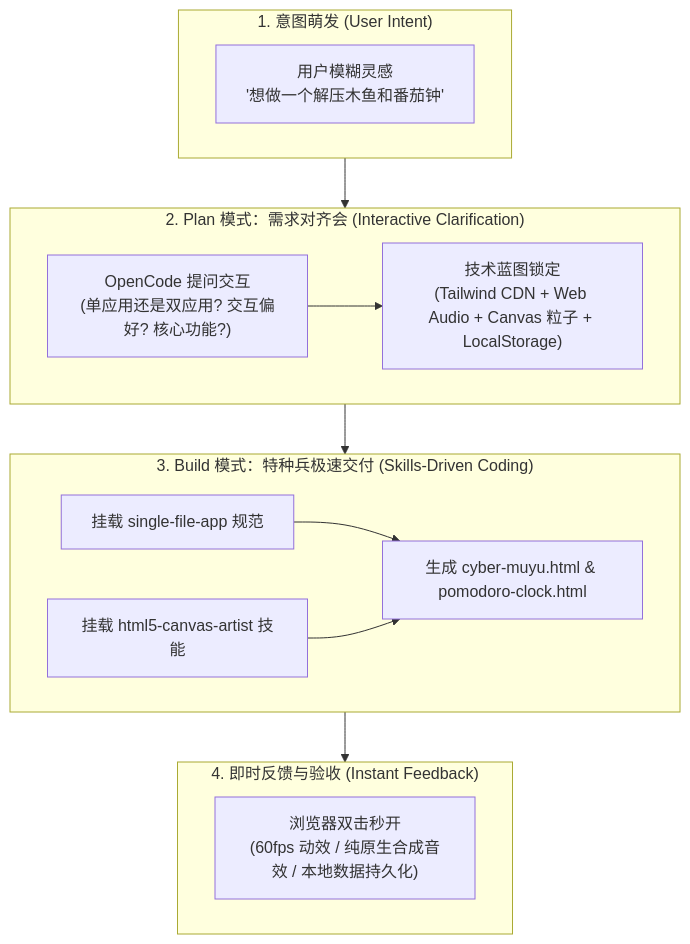
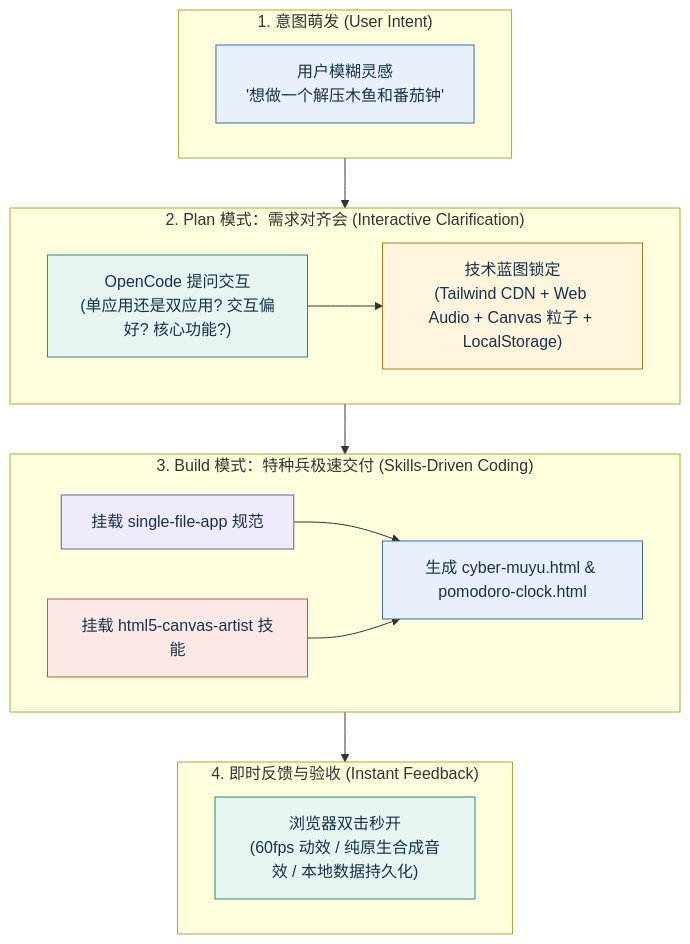
One commit to buffer121328/vibe-coding-and-agents changed the diagram in 05_OpenCode实战/img/diagrams/03-diagram-01.mmd. Above: the diagram before and after it, drawn with Mermaid. The commit also changed 131 other files, not shown here.

Commit message:
docs: 润色第四至第六章正文与图表

```diff
--- a/05_OpenCode实战/img/diagrams/03-diagram-01.mmd
+++ b/05_OpenCode实战/img/diagrams/03-diagram-01.mmd
@@ -1,26 +1,35 @@
 graph TD
     subgraph Phase1 ["1. 意图萌发 (User Intent)"]
         A["用户模糊灵感\n'想做一个解压木鱼和番茄钟'"]
     end
 
     subgraph Phase2 ["2. Plan 模式：需求对齐会 (Interactive Clarification)"]
         B1["OpenCode 提问交互\n(单应用还是双应用? 交互偏好? 核心功能?)"]
         B2["技术蓝图锁定\n(Tailwind CDN + Web Audio + Canvas 粒子 + LocalStorage)"]
     end
 
     subgraph Phase3 ["3. Build 模式：特种兵极速交付 (Skills-Driven Coding)"]
         C1["挂载 single-file-app 规范"]
         C2["挂载 html5-canvas-artist 技能"]
         C3["生成 cyber-muyu.html & pomodoro-clock.html"]
     end
 
     subgraph Phase4 ["4. 即时反馈与验收 (Instant Feedback)"]
         D["浏览器双击秒开\n(60fps 动效 / 纯原生合成音效 / 本地数据持久化)"]
     end
 
     Phase1 --> Phase2
     B1 --> B2
     Phase2 --> Phase3
     C1 --> C3
     C2 --> C3
     Phase3 --> Phase4
+
+%% Academic palette: restrained blue, teal, gold, violet, and coral accents.
+style A fill:#E8F1FB,stroke:#3A6EA5,color:#17324D
+style B1 fill:#E7F5F1,stroke:#2B8A78,color:#17324D
+style B2 fill:#FFF4DC,stroke:#B47A1F,color:#17324D
+style C1 fill:#F0EBFA,stroke:#7357A6,color:#17324D
+style C2 fill:#FCE9E6,stroke:#B65C4A,color:#17324D
+style C3 fill:#E8F1FB,stroke:#3A6EA5,color:#17324D
+style D fill:#E7F5F1,stroke:#2B8A78,color:#17324D
```
